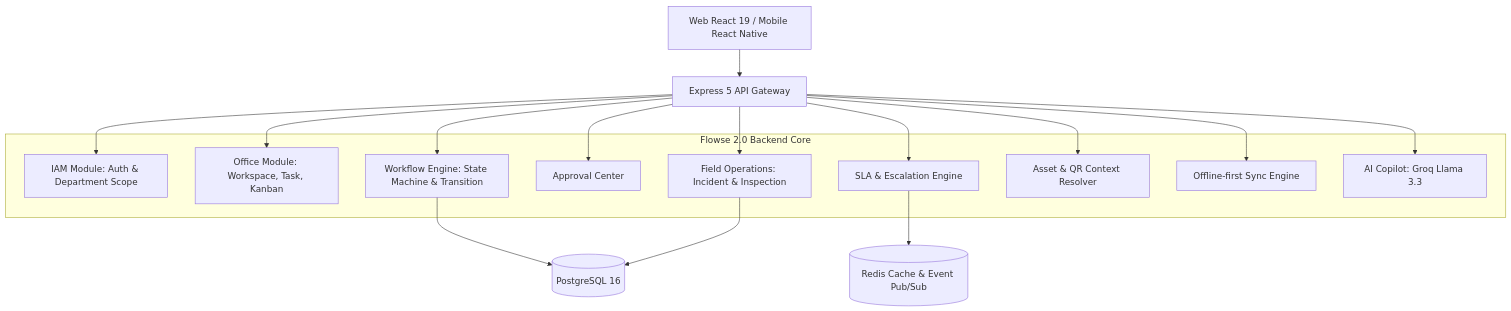
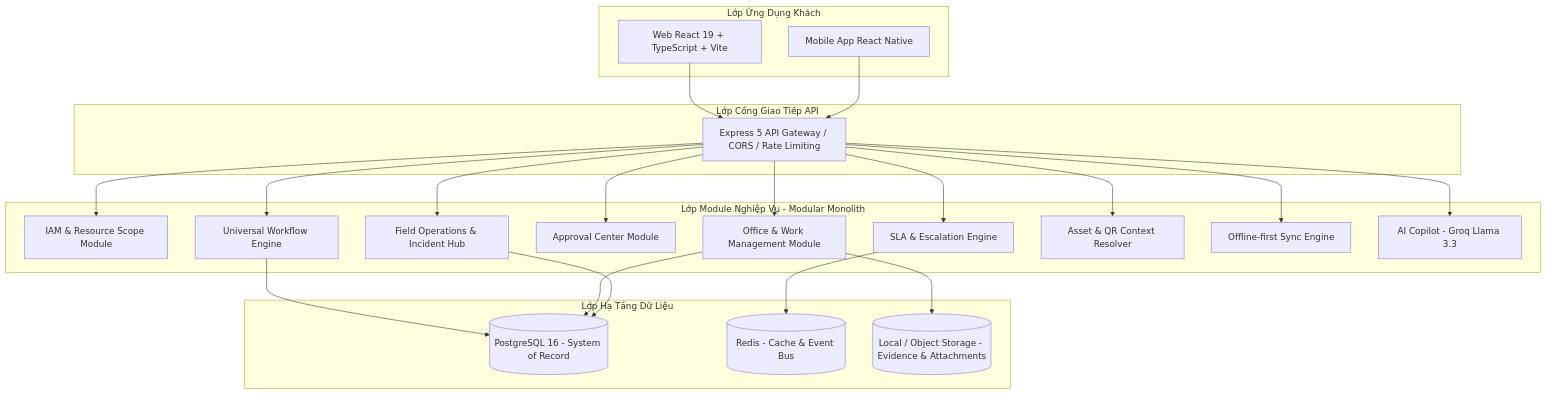
One commit to hoangmelinh/flowse-enterprise-platform changed the diagram in README.md. Above: the diagram before and after it, drawn with Mermaid. The commit also changed other lines of this file, not shown here.

Commit message:
docs: update README to present Flowse Enterprise Platform as standalone enterprise solution

````diff
--- a/README.md
+++ b/README.md
@@ -73,30 +115,48 @@
 ```mermaid
 graph TD
-    Client[Web React 19 / Mobile React Native] --> Gateway[Express 5 API Gateway]
-    
-    subgraph Modular_Monolith [Flowse 2.0 Backend Core]
-        IAM[IAM Module: Auth & Department Scope]
-        Office[Office Module: Workspace, Task, Kanban]
-        WFL[Workflow Engine: State Machine & Transition]
-        APR[Approval Center]
-        SLA[SLA & Escalation Engine]
-        FIELD[Field Operations: Incident & Inspection]
-        ASSET[Asset & QR Context Resolver]
-        SYNC[Offline-first Sync Engine]
-        AI[AI Copilot: Groq Llama 3.3]
+    subgraph Clients [Lớp Ứng Dụng Khách]
+        WebClient[Web React 19 + TypeScript + Vite]
+        MobileClient[Mobile App React Native]
     end
 
-    Gateway --> IAM
-    Gateway --> Office
-    Gateway --> WFL
-    Gateway --> APR
-    Gateway --> SLA
-    Gateway --> FIELD
-    Gateway --> ASSET
-    Gateway --> SYNC
-    Gateway --> AI
+    subgraph APIGateway [Lớp Cổng Giao Tiếp API]
+        ExpressGateway[Express 5 API Gateway / CORS / Rate Limiting]
+    end
 
-    WFL --> PostgreSQL[(PostgreSQL 16)]
-    FIELD --> PostgreSQL
-    SLA --> Redis[(Redis Cache & Event Pub/Sub)]
+    subgraph CoreModules [Lớp Module Nghiệp Vụ - Modular Monolith]
+        IAM[IAM & Resource Scope Module]
+        WorkMgmt[Office & Work Management Module]
+        WFL[Universal Workflow Engine]
+        Approval[Approval Center Module]
+        SLA[SLA & Escalation Engine]
+        FieldOps[Field Operations & Incident Hub]
+        AssetQR[Asset & QR Context Resolver]
+        SyncEngine[Offline-first Sync Engine]
+        AIModule[AI Copilot - Groq Llama 3.3]
+    end
+
+    subgraph DataLayer [Lớp Hạ Tầng Dữ Liệu]
+        Postgres[(PostgreSQL 16 - System of Record)]
+        RedisCache[(Redis - Cache & Event Bus)]
+        FileStore[(Local / Object Storage - Evidence & Attachments)]
+    end
+
+    WebClient --> ExpressGateway
+    MobileClient --> ExpressGateway
+
+    ExpressGateway --> IAM
+    ExpressGateway --> WorkMgmt
+    ExpressGateway --> WFL
+    ExpressGateway --> Approval
+    ExpressGateway --> SLA
+    ExpressGateway --> FieldOps
+    ExpressGateway --> AssetQR
+    ExpressGateway --> SyncEngine
+    ExpressGateway --> AIModule
+
+    WFL --> Postgres
+    WorkMgmt --> Postgres
+    FieldOps --> Postgres
+    SLA --> RedisCache
+    WorkMgmt --> FileStore
 ```
````
